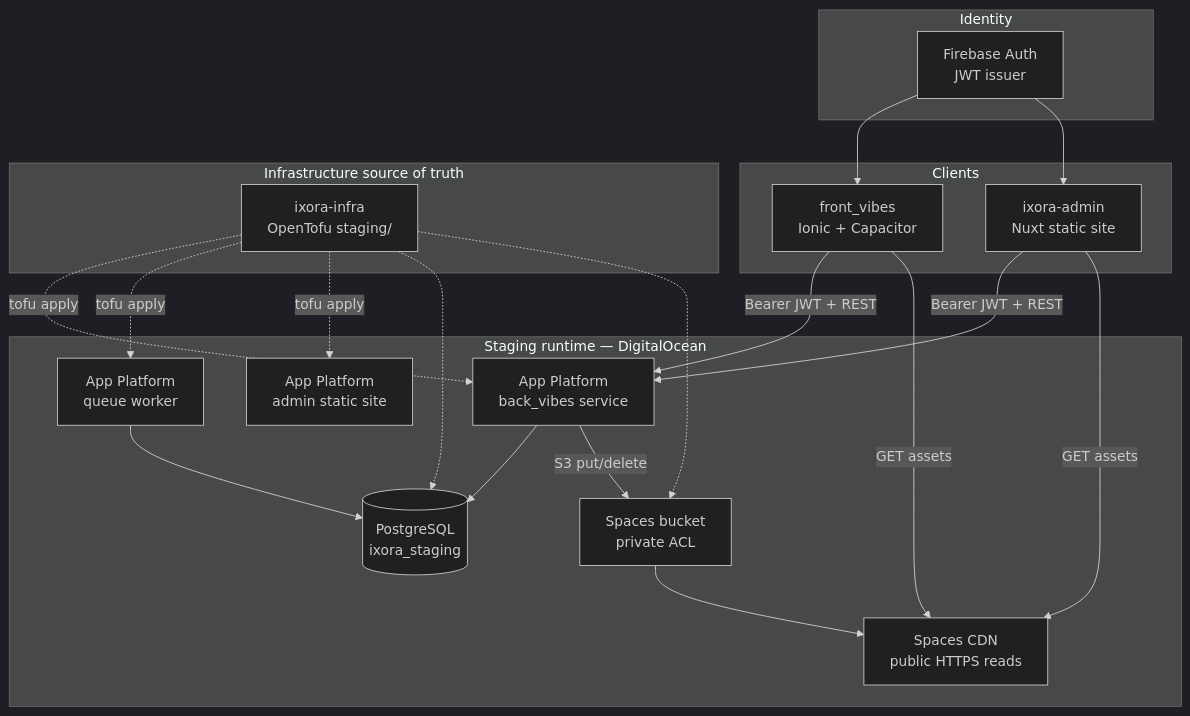
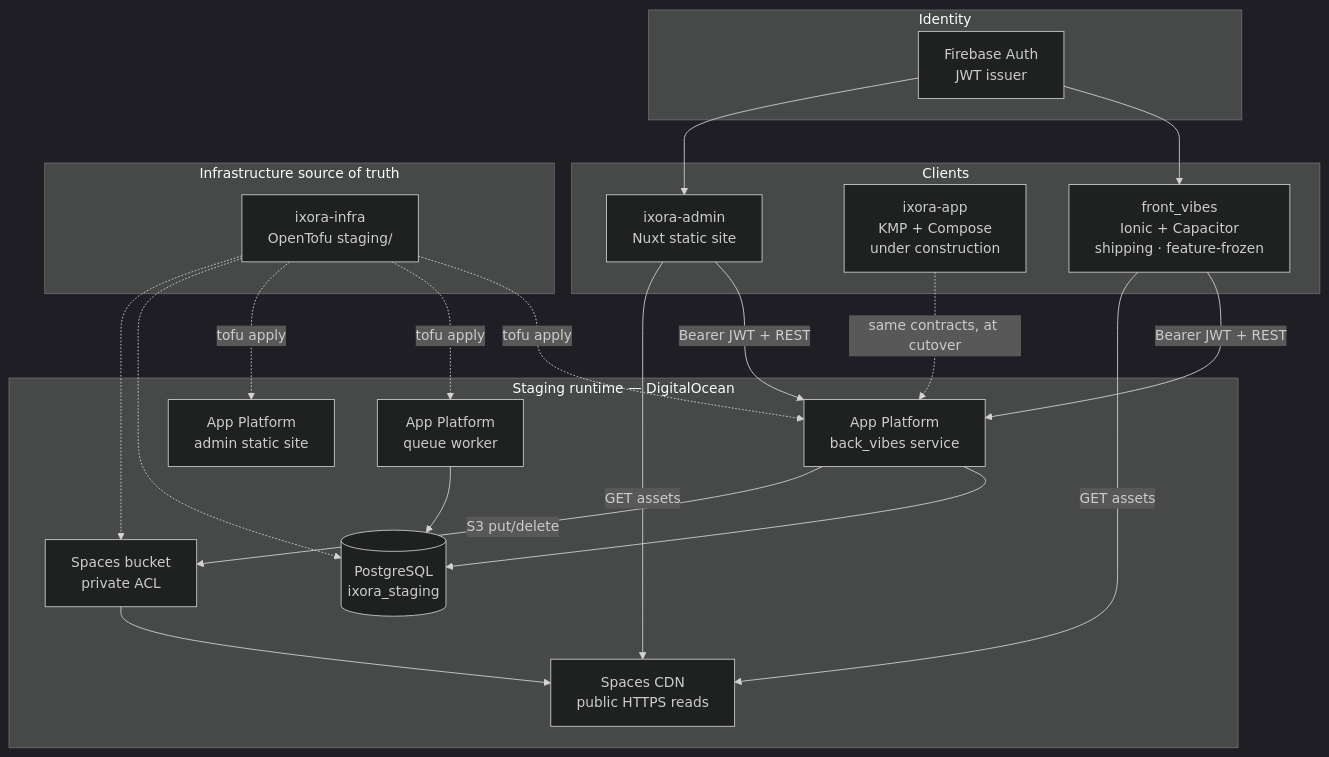
Before and after one commit to lucasbrito90/ixora-infra: the first of 6 diagrams in docs/architecture/architecture-map.md, drawn with Mermaid (dark theme). The commit also changed other lines of this file and 4 other files, not shown here.

````diff
--- a/docs/architecture/architecture-map.md
+++ b/docs/architecture/architecture-map.md
@@ -21,40 +23,42 @@
 ```mermaid
 flowchart TB
   subgraph clients["Clients"]
-    MV[front_vibes<br/>Ionic + Capacitor]
+    MV[front_vibes<br/>Ionic + Capacitor<br/>shipping · feature-frozen]
+    KA[ixora-app<br/>KMP + Compose<br/>under construction]
     AD[ixora-admin<br/>Nuxt static site]
   end
 
   subgraph identity["Identity"]
     FB[Firebase Auth<br/>JWT issuer]
   end
 
   subgraph staging["Staging runtime — DigitalOcean"]
     AP_API[App Platform<br/>back_vibes service]
     AP_Q[App Platform<br/>queue worker]
     AP_AD[App Platform<br/>admin static site]
     PG[(PostgreSQL<br/>ixora_staging)]
     SP[Spaces bucket<br/>private ACL]
     CDN[Spaces CDN<br/>public HTTPS reads]
   end
 
   subgraph iac["Infrastructure source of truth"]
     TF[ixora-infra<br/>OpenTofu staging/]
   end
 
   FB --> MV
   FB --> AD
   MV -->|Bearer JWT + REST| AP_API
   AD -->|Bearer JWT + REST| AP_API
   AP_API --> PG
   AP_Q --> PG
   AP_API -->|S3 put/delete| SP
   SP --> CDN
   MV -->|GET assets| CDN
   AD -->|GET assets| CDN
+  KA -.->|same contracts, at cutover| AP_API
   TF -.->|tofu apply| AP_API
   TF -.->|tofu apply| AP_Q
   TF -.->|tofu apply| AP_AD
   TF -.-> PG
   TF -.-> SP
 ```
````
